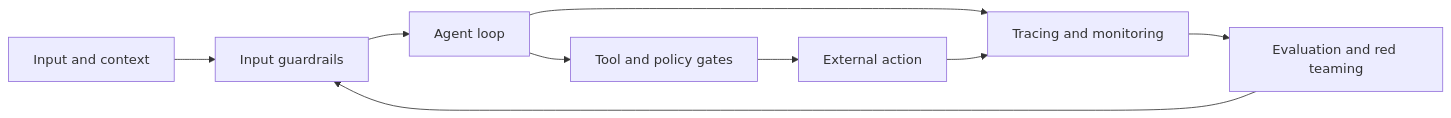
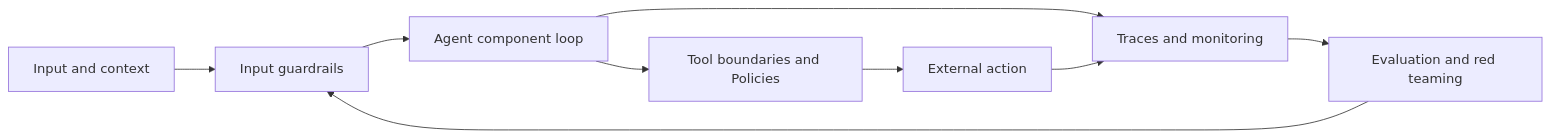
The first of 14 diagrams in book/chapters/chapter-04-ensuring-safe-and-responsible-agentic-ai.md (naren-allam/agents-beginners), drawn with Mermaid before and after one commit. The commit also changed other lines of this file and 28 other files, not shown here.

````diff
--- a/book/chapters/chapter-04-ensuring-safe-and-responsible-agentic-ai.md
+++ b/book/chapters/chapter-04-ensuring-safe-and-responsible-agentic-ai.md
@@ -9,19 +9,19 @@
 ```mermaid
 flowchart LR
     Input["Input and context"]
     GuardInput["Input guardrails"]
-    Agent["Agent loop"]
-    ToolGate["Tool and policy gates"]
+    Agent["Agent component loop"]
+    ToolGate["Tool boundaries and Policies"]
     Action["External action"]
-    Monitor["Tracing and monitoring"]
+    Monitor["Traces and monitoring"]
     Eval["Evaluation and red teaming"]
 
     Input --> GuardInput
     GuardInput --> Agent
     Agent --> ToolGate
     ToolGate --> Action
     Agent --> Monitor
     Action --> Monitor
     Monitor --> Eval
     Eval --> GuardInput
 ```
````
